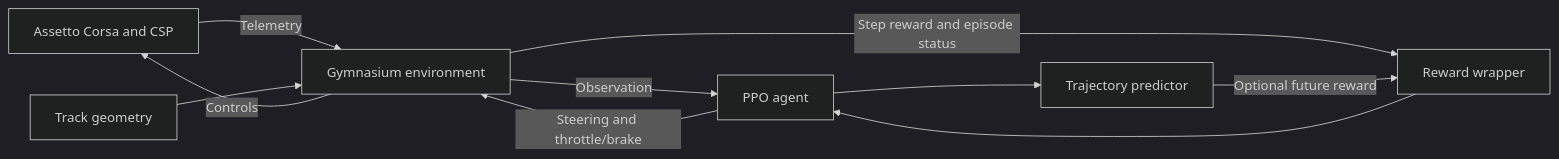
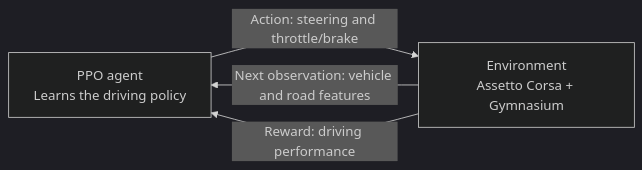
Before and after one commit to wwlarsww/Assetto_Corsa_RL_Drivermodel: the diagram in docs/index.md, drawn with Mermaid (dark theme). The commit also changed other lines of this file, not shown here.

Commit message:
docs: introduce PPO driving loop, observations and rewards on the landing page

````diff
--- a/docs/index.md
+++ b/docs/index.md
@@ -13,12 +23,8 @@
 ```mermaid
 flowchart LR
-    AC[Assetto Corsa and CSP] -->|Telemetry| E[Gymnasium environment]
-    G[Track geometry] --> E
-    E -->|Observation| A[PPO agent]
-    A -->|Steering and throttle/brake| E
-    E -->|Controls| AC
-    E -->|Step reward and episode status| R[Reward wrapper]
-    A --> P[Trajectory predictor]
-    P -->|Optional future reward| R
-    R --> A
+    A["PPO agent<br/>Learns the driving policy"]
+    E["Environment<br/>Assetto Corsa + Gymnasium"]
+    A -->|"Action: steering and throttle/brake"| E
+    E -->|"Next observation: vehicle and road features"| A
+    E -->|"Reward: driving performance"| A
 ```
````
